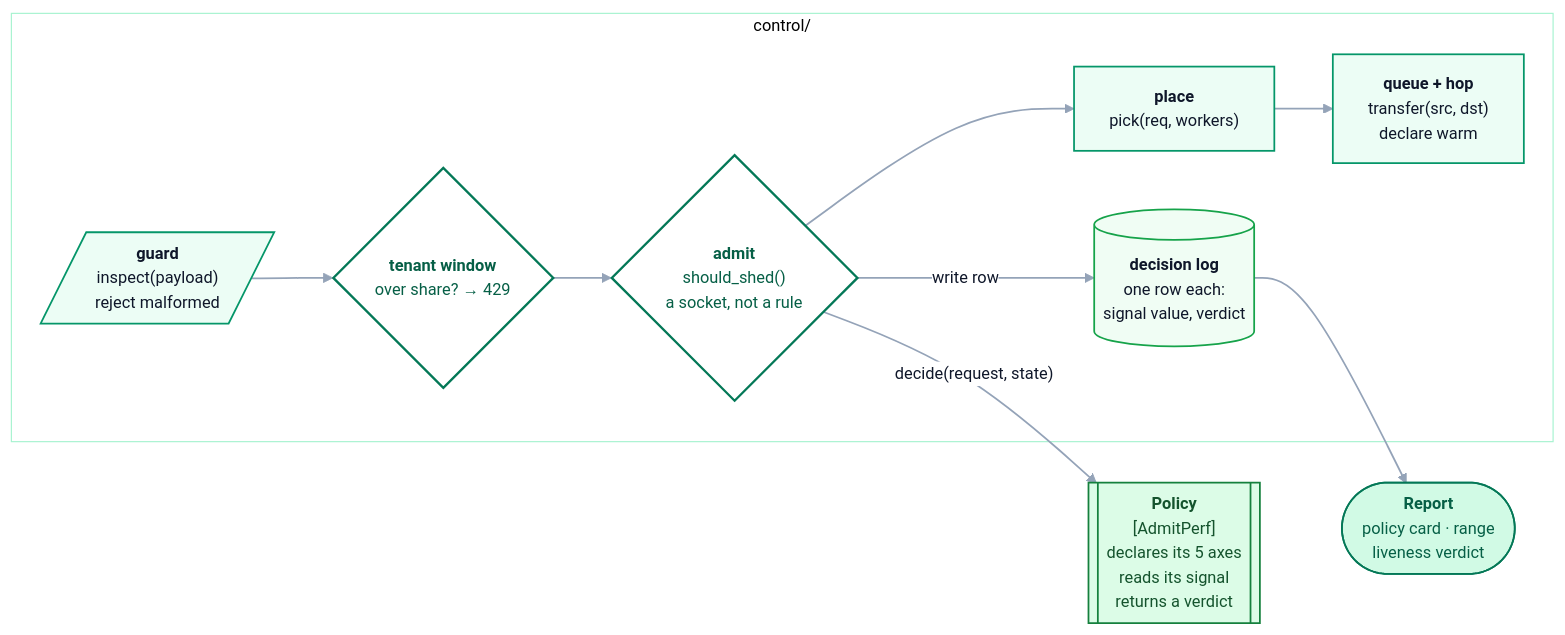
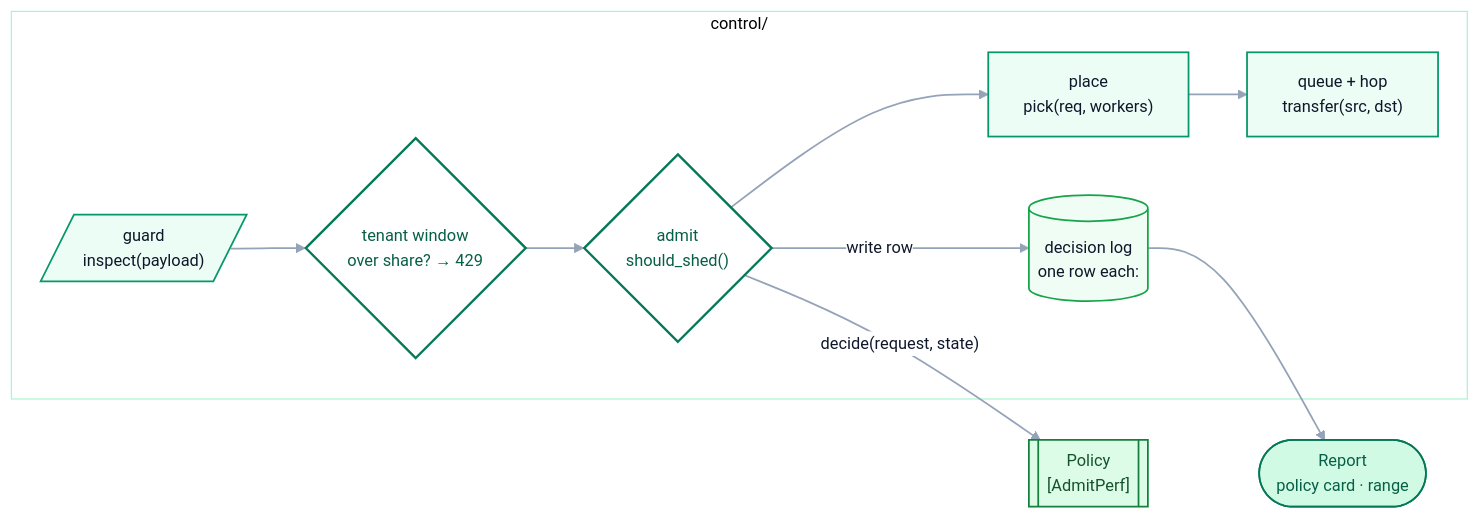
The third of 3 diagrams in PROJECT.md (harshuljain13/Dodona), drawn with Mermaid before and after one commit. The commit also changed other lines of this file and 17 other files, not shown here.

````diff
--- a/PROJECT.md
+++ b/PROJECT.md
@@ -301,50 +301,50 @@
 ```mermaid
 %%{init: {'theme':'base','themeVariables':{
   'fontFamily':'ui-sans-serif, -apple-system, Segoe UI, Inter, Helvetica, Arial, sans-serif','fontSize':'14px',
   'primaryColor':'#ecfdf5','primaryTextColor':'#0f172a','primaryBorderColor':'#059669',
   'secondaryColor':'#f8fafc','tertiaryColor':'#ffffff',
   'lineColor':'#94a3b8','textColor':'#1e293b',
   'clusterBkg':'#ffffff','clusterBorder':'#a7f3d0',
   'edgeLabelBackground':'#ffffff','nodeBorder':'#059669'
 }}}%%
 flowchart LR
   subgraph GW["control/"]
-    G[/"<b>guard</b><br/>inspect(payload)<br/>reject malformed"/]
-    T{"<b>tenant window</b><br/>over share? → 429"}
-    A{"<b>admit</b><br/>should_shed()<br/>a socket, not a rule"}
-    P["<b>place</b><br/>pick(req, workers)"]
-    H["<b>queue + hop</b><br/>transfer(src, dst)<br/>declare warm"]
-    L[("<b>decision log</b><br/>one row each:<br/>signal value, verdict")]
+    G[/"guard<br/>inspect(payload)"/]
+    T{"tenant window<br/>over share? → 429"}
+    A{"admit<br/>should_shed()"}
+    P["place<br/>pick(req, workers)"]
+    H["queue + hop<br/>transfer(src, dst)"]
+    L[("decision log<br/>one row each:")]
     G --> T --> A --> P --> H
   end
 
-  POL[["<b>Policy</b><br/>[AdmitPerf]<br/>declares its 5 axes<br/>reads its signal<br/>returns a verdict"]]
-  REP(["<b>Report</b><br/>policy card · range<br/>liveness verdict"])
+  POL[["Policy<br/>[AdmitPerf]"]]
+  REP(["Report<br/>policy card · range"])
 
   A -->|"decide(request, state)"| POL
   A -->|"write row"| L
   L --> REP
 
   class G,P,H primary
   class T,A decision
   class POL highlight
   class L data
   class REP success
 
     classDef primary   fill:#ecfdf5,stroke:#059669,stroke-width:1.5px,color:#0f172a
     classDef secondary fill:#f0fdf4,stroke:#16a34a,stroke-width:1.5px,color:#0f172a
     classDef accent    fill:#ffffff,stroke:#059669,stroke-width:1.5px,color:#0f172a
     classDef decision  fill:#ffffff,stroke:#047857,stroke-width:2px,color:#065f46
     classDef gate      fill:#ffffff,stroke:#047857,stroke-width:2px,color:#065f46
     classDef data      fill:#f0fdf4,stroke:#16a34a,stroke-width:1.5px,color:#0f172a
     classDef neutral   fill:#f8fafc,stroke:#cbd5e1,stroke-width:1.5px,color:#475569
     classDef success   fill:#d1fae5,stroke:#047857,stroke-width:1.5px,color:#065f46
     classDef out       fill:#d1fae5,stroke:#047857,stroke-width:1.5px,color:#065f46
     classDef input     fill:#ffffff,stroke:#94a3b8,stroke-width:1.5px,color:#334155
     classDef highlight fill:#dcfce7,stroke:#15803d,stroke-width:1.5px,color:#14532d
     classDef pick      fill:#d1fae5,stroke:#047857,stroke-width:2px,color:#064e3b
     classDef alt       fill:#ecfdf5,stroke:#059669,stroke-width:1.5px,color:#0f172a
     classDef dead      fill:#ffffff,stroke:#e2e8f0,stroke-width:1.5px,color:#94a3b8
     classDef note      fill:#ffffff,stroke:#e2e8f0,stroke-width:1px,color:#64748b
     linkStyle default stroke:#94a3b8,stroke-width:1.5px
 ```
````
